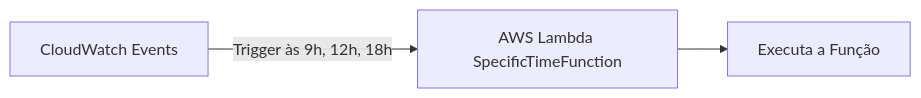
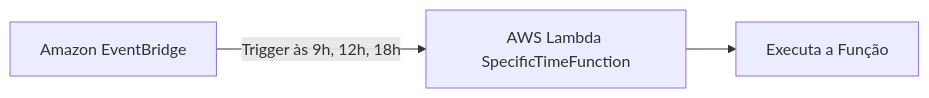
The second of 5 diagrams in Bootcamp - Cloud para dados/Aula_10/README.md (lvgalvao/data-engineering-roadmap), drawn with Mermaid before and after one commit. The commit also changed other lines of this file and 1 other file, not shown here.

````diff
--- a/Bootcamp - Cloud para dados/Aula_10/README.md
+++ b/Bootcamp - Cloud para dados/Aula_10/README.md
@@ -54,5 +55,5 @@
-   ```mermaid
-   graph LR
-       CW[CloudWatch Events] -->|Trigger às 9h, 12h, 18h| Lambda2[AWS Lambda SpecificTimeFunction]
-       Lambda2 --> Process2[Executa a Função]
-   ```
+```mermaid
+graph LR
+    EB[Amazon EventBridge] -->|Trigger às 9h, 12h, 18h| Lambda2[AWS Lambda SpecificTimeFunction]
+    Lambda2 --> Process2[Executa a Função]
+```
````
